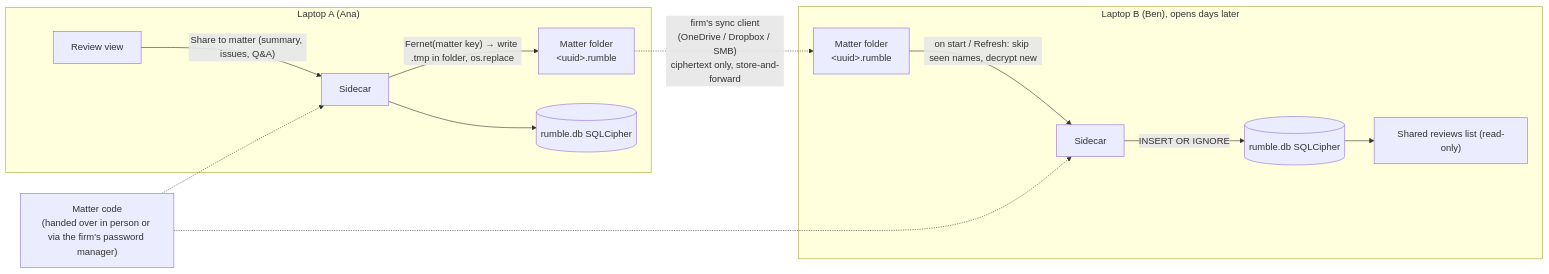
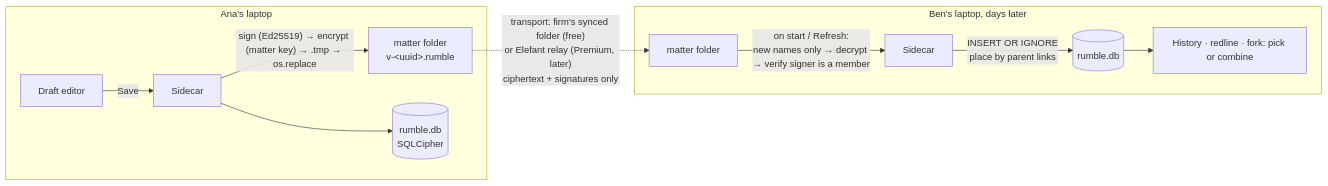
One commit to elegantelefant/rumble changed the diagram in agent_docs/2026-11-17-team-sync-plan.md. Above: the diagram before and after it, drawn with Mermaid. The commit also changed other lines of this file, not shown here.

Commit message:
docs(sync): versioned drafts, per-device keys, Signal borrow list (Refs #21)

````diff
--- a/agent_docs/2026-11-17-team-sync-plan.md
+++ b/agent_docs/2026-11-17-team-sync-plan.md
@@ -118,16 +159,14 @@
 ```mermaid
 flowchart LR
-  subgraph A["Laptop A (Ana)"]
-    A_UI[Review view] -->|"Share to matter (summary, issues, Q&A)"| A_SC[Sidecar]
-    A_SC -->|"Fernet(matter key) → write .tmp in folder, os.replace"| A_F["Matter folder<br/>&lt;uuid&gt;.rumble"]
-    A_SC --> A_DB[(rumble.db SQLCipher)]
+  subgraph A["Ana's laptop"]
+    A_ED[Draft editor] -->|Save| A_SC[Sidecar]
+    A_SC -->|"sign (Ed25519) → encrypt (matter key) → .tmp → os.replace"| A_F["matter folder<br/>v-&lt;uuid&gt;.rumble"]
+    A_SC --> A_DB[(rumble.db<br/>SQLCipher)]
   end
-  A_F -. "firm's sync client<br/>(OneDrive / Dropbox / SMB)<br/>ciphertext only, store-and-forward" .-> B_F
-  subgraph B["Laptop B (Ben), opens days later"]
-    B_F["Matter folder<br/>&lt;uuid&gt;.rumble"] -->|"on start / Refresh: skip seen names, decrypt new"| B_SC[Sidecar]
-    B_SC -->|INSERT OR IGNORE| B_DB[(rumble.db SQLCipher)]
-    B_DB --> B_UI["Shared reviews list (read-only)"]
+  A_F -. "transport: firm's synced folder (free)<br/>or Elefant relay (Premium, later)<br/>ciphertext + signatures only" .-> B_F
+  subgraph B["Ben's laptop, days later"]
+    B_F["matter folder"] -->|"on start / Refresh:<br/>new names only → decrypt → verify signer is a member"| B_SC[Sidecar]
+    B_SC -->|"INSERT OR IGNORE<br/>place by parent links"| B_DB[(rumble.db)]
+    B_DB --> B_UI["History · redline · fork: pick or combine"]
   end
-  K["Matter code<br/>(handed over in person or via the firm's password manager)"] -.-> A_SC
-  K -.-> B_SC
 ```
````
